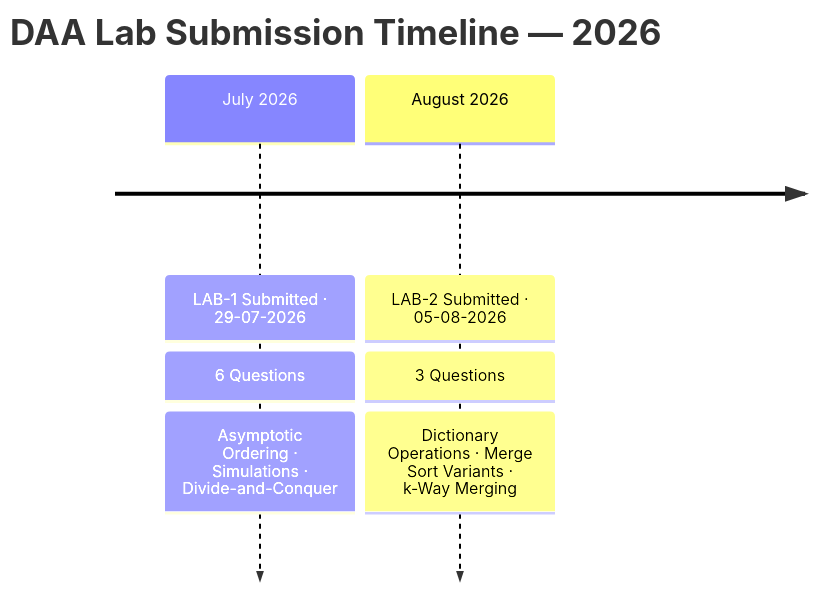
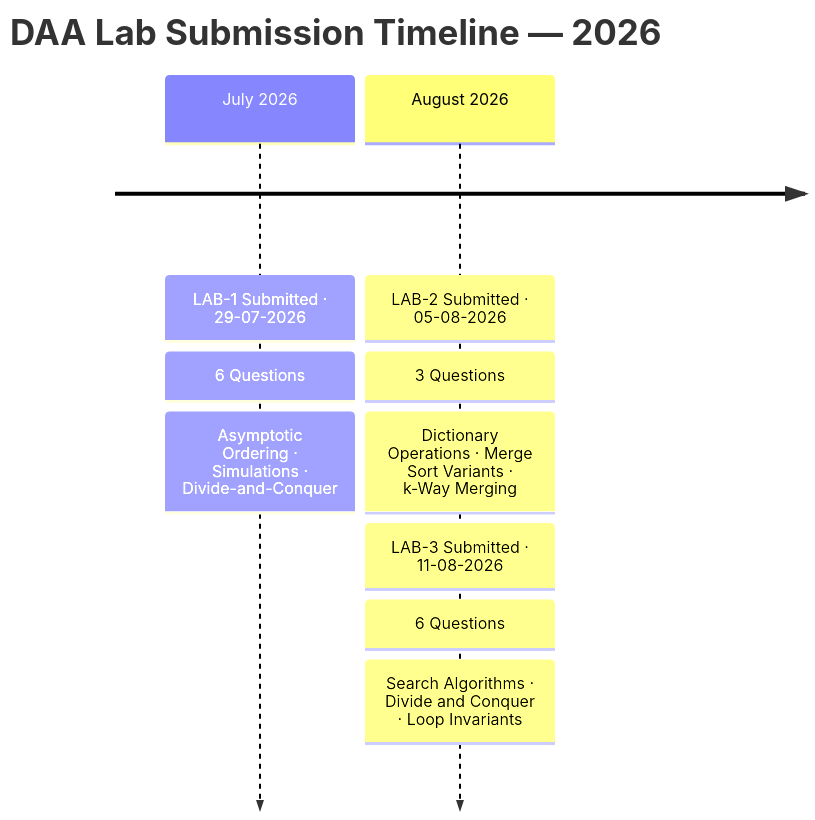
Before and after one commit to Asit-Kumar-Mohapatra/Design-and-Analysis-of-Algorithm-DAA-Assignments-2026: the first of 7 diagrams in README.md, drawn with Mermaid. The commit also changed other lines of this file, not shown here.

````diff
--- a/README.md
+++ b/README.md
@@ -83,10 +90,13 @@
 ```mermaid
 timeline
     title  DAA Lab Submission Timeline — 2026
     July 2026   : LAB-1 Submitted  ·  29-07-2026
                 : 6 Questions
                 : Asymptotic Ordering · Simulations · Divide-and-Conquer
     August 2026 : LAB-2 Submitted  ·  05-08-2026
                 : 3 Questions
                 : Dictionary Operations · Merge Sort Variants · k-Way Merging
+                : LAB-3 Submitted  ·  11-08-2026
+                : 6 Questions
+                : Search Algorithms · Divide and Conquer · Loop Invariants
 ```
````
